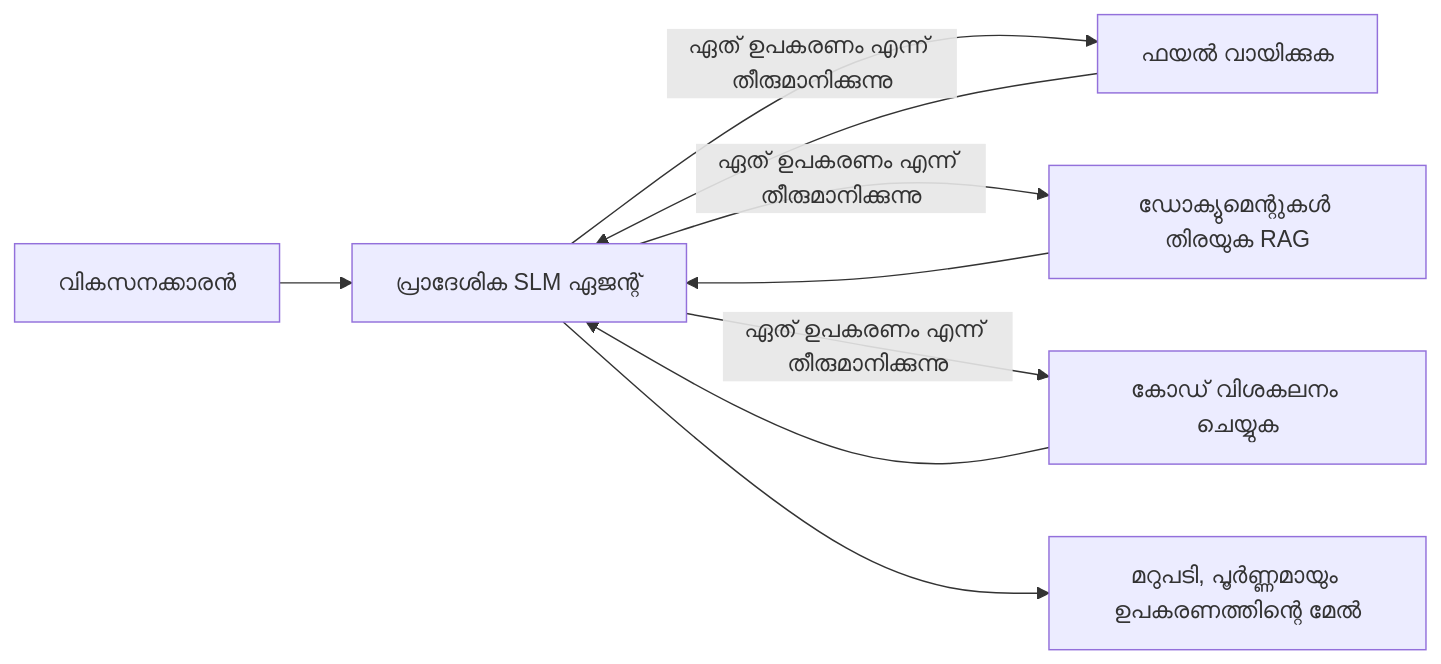
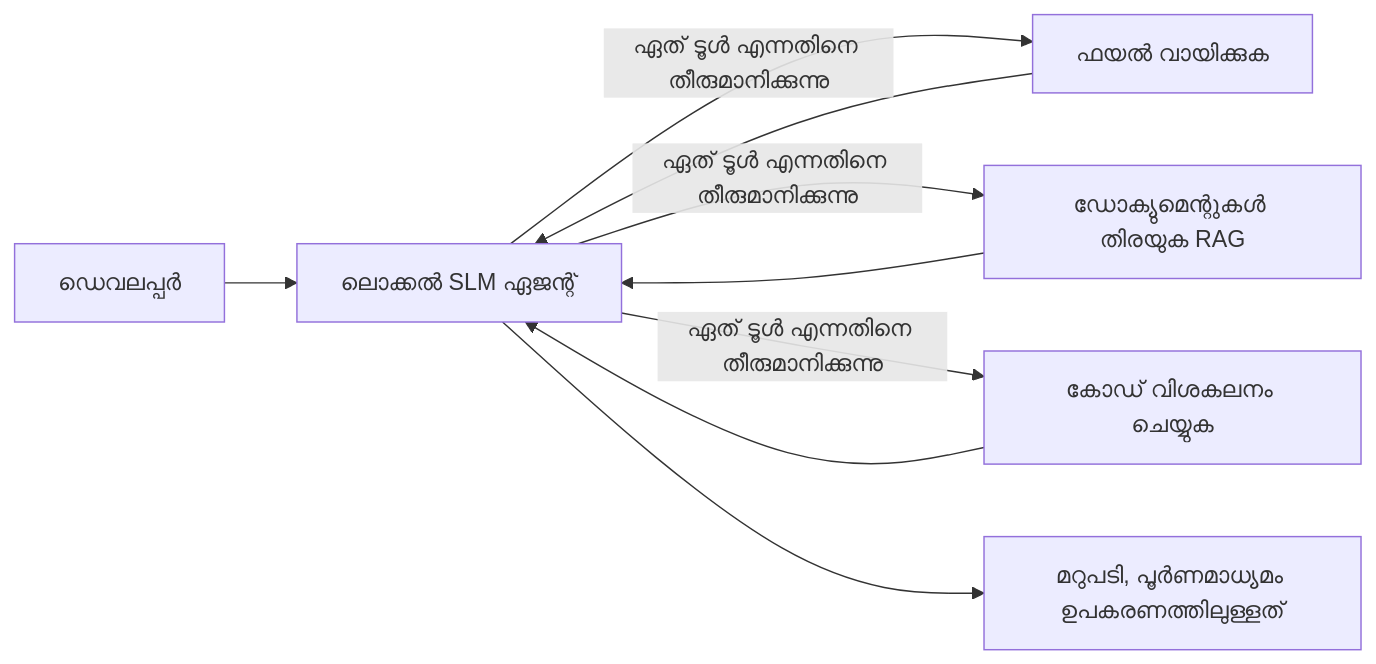
One commit to gabrielmoreira/agent-skills-mirror changed the first of 4 diagrams in mirrors/repos/microsoft@ai-agents-for-beginners/translations/ml/17-creating-local-ai-agents/README.md. Above: the diagram before and after it, drawn with Mermaid. The commit also changed other lines of this file and 4262 other files, not shown here.

````diff
--- a/mirrors/repos/microsoft@ai-agents-for-beginners/translations/ml/17-creating-local-ai-agents/README.md
+++ b/mirrors/repos/microsoft@ai-agents-for-beginners/translations/ml/17-creating-local-ai-agents/README.md
@@ -66,11 +66,11 @@
 ```mermaid
 flowchart LR
-    U[വികസനക്കാരൻ] --> A[പ്രാദേശിക SLM ഏജന്റ്]
-    A -->|ഏത് ഉപകരണം എന്ന് തീരുമാനിക്കുന്നു| T1[ഫയൽ വായിക്കുക]
-    A -->|ഏത് ഉപകരണം എന്ന് തീരുമാനിക്കുന്നു| T2[ഡോക്യുമെന്റുകൾ തിരയുക RAG]
-    A -->|ഏത് ഉപകരണം എന്ന് തീരുമാനിക്കുന്നു| T3[കോഡ് വിശകലനം ചെയ്യുക]
+    U[ഡെവലപ്പർ] --> A[ലൊക്കൽ SLM ഏജന്റ്]
+    A -->|ഏത് ടൂൾ എന്നതിനെ തീരുമാനിക്കുന്നു| T1[ഫയൽ വായിക്കുക]
+    A -->|ഏത് ടൂൾ എന്നതിനെ തീരുമാനിക്കുന്നു| T2[ഡോക്യുമെന്റുകൾ തിരയുക RAG]
+    A -->|ഏത് ടൂൾ എന്നതിനെ തീരുമാനിക്കുന്നു| T3[കോഡ് വിശകലനം ചെയ്യുക]
     T1 --> A
     T2 --> A
     T3 --> A
-    A --> R[മറുപടി, പൂർണ്ണമായും ഉപകരണത്തിന്റെ മേൽ]
+    A --> R[മറുപടി, പൂര്‍ണമാധ്യമം ഉപകരണത്തിലുള്ളത്]
 ```
````
